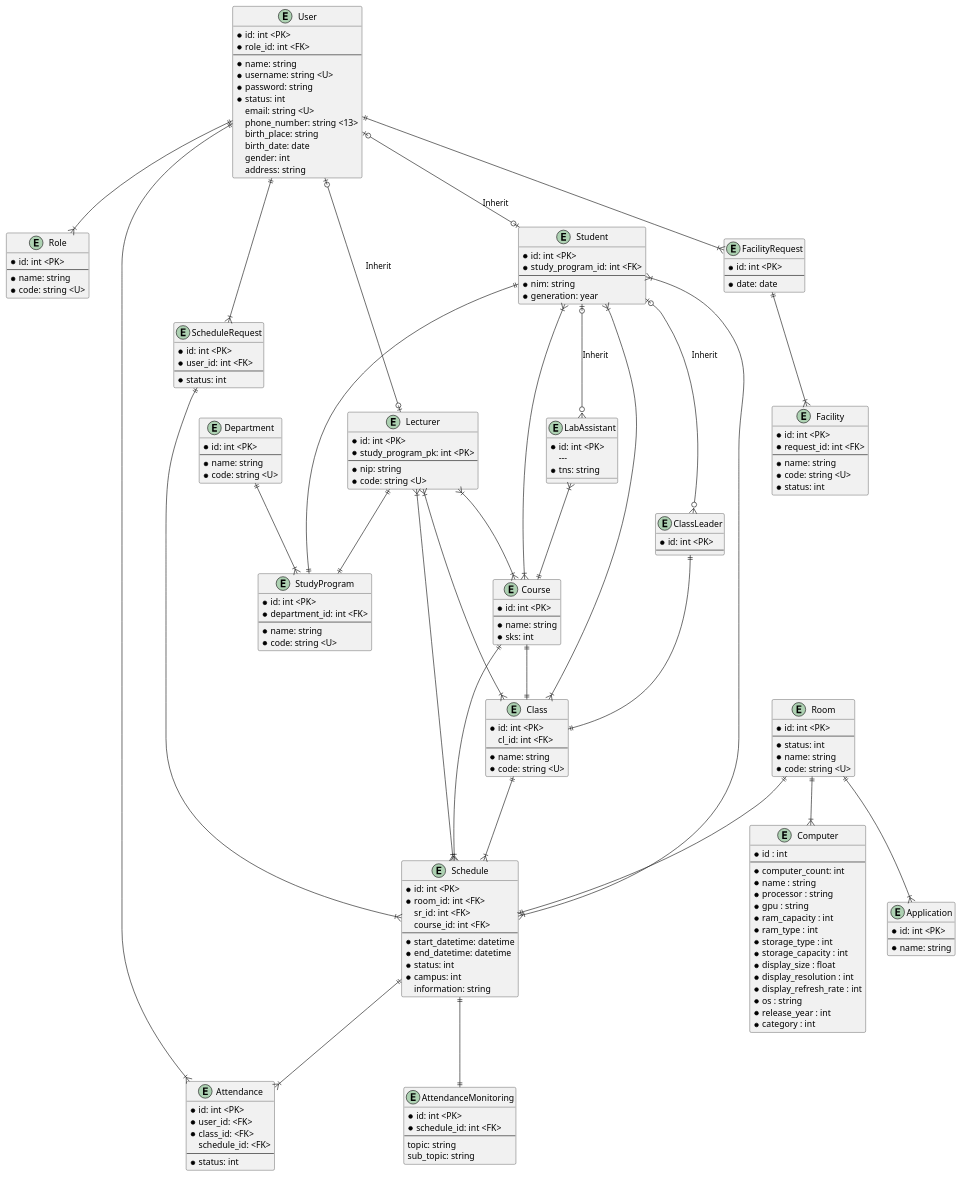
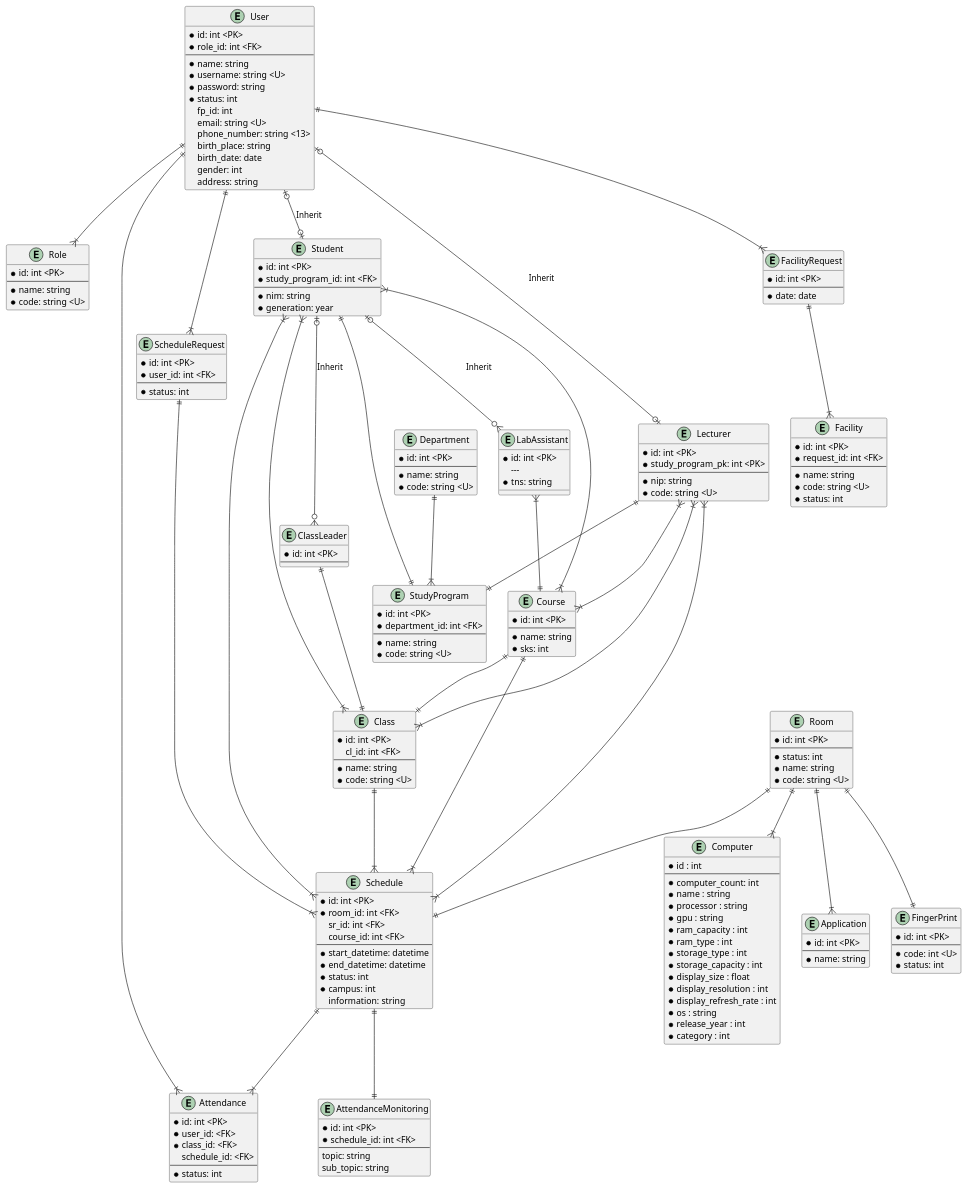
One commit to codebaradev/Simlab changed the diagram in docs/erd.plantuml. Above: the diagram before and after it, drawn with PlantUML. The commit also changed 5 other files, not shown here.

```diff
--- a/docs/erd.plantuml
+++ b/docs/erd.plantuml
@@ -11,6 +11,7 @@
     * username: string <U>
     * password: string
     * status: int
+    fp_id: int
     email: string <U>
     phone_number: string <13>
     birth_place: string
@@ -24,6 +25,13 @@
     ---
     * name: string
     * code: string <U>
+}
+
+entity FingerPrint { 
+    * id: int <PK>
+    ---
+    * code: int <U>
+    * status: int
 }
 
 entity "Lecturer" as lecturer {
@@ -222,6 +230,7 @@
 
 room ||--|{ Computer
 room ||--|{ Application
+room ||--|| FingerPrint
 
 ' Facility
 user ||--|{ facility_request
```
